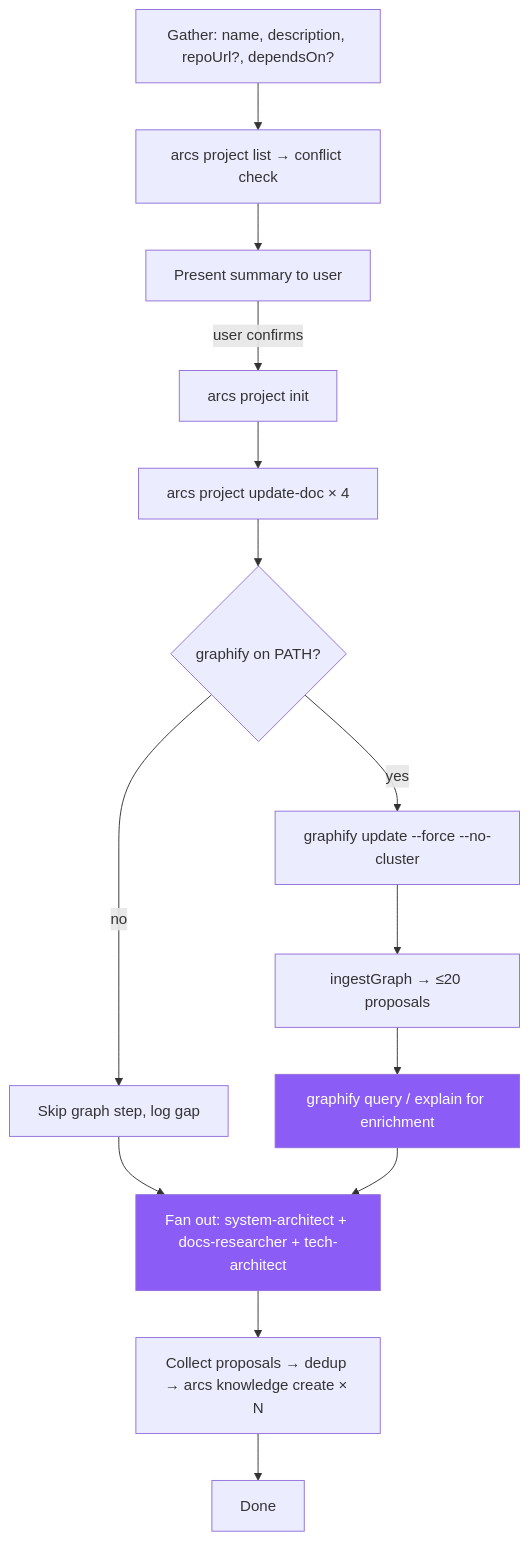
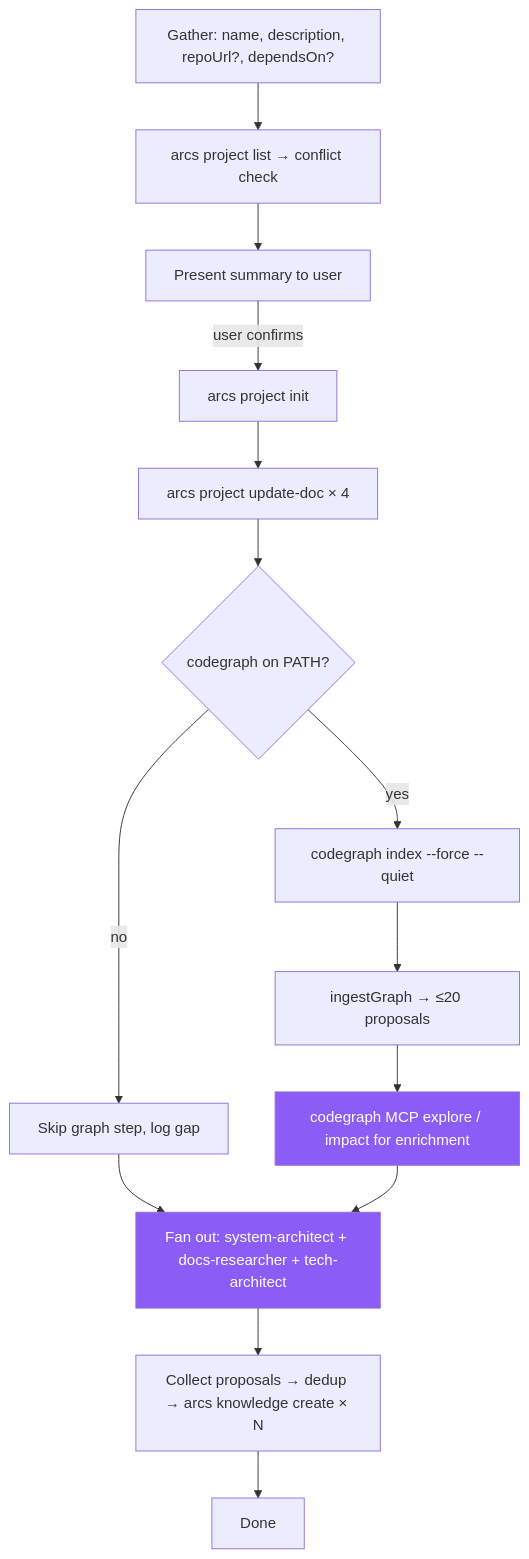
One commit to rryando/arcs changed the diagram in opencode/arcs/skills/init-project/SKILL.md. Above: the diagram before and after it, drawn with Mermaid. The commit also changed other lines of this file and 33 other files, not shown here.

First line of the commit message:
feat: replace graphify with codegraph for code intelligence

````diff
--- a/opencode/arcs/skills/init-project/SKILL.md
+++ b/opencode/arcs/skills/init-project/SKILL.md
@@ -16,17 +16,17 @@
 ```mermaid
 flowchart TD
     classDef sub fill:#8b5cf6,color:#fff
 
     A[Gather: name, description, repoUrl?, dependsOn?] --> B[arcs project list → conflict check]
     B --> C[Present summary to user]
     C -->|user confirms| D[arcs project init]
     D --> E[arcs project update-doc × 4]
-    E --> F{graphify on PATH?}
-    F -->|yes| G[graphify update --force --no-cluster]
+    E --> F{codegraph on PATH?}
+    F -->|yes| G[codegraph index --force --quiet]
     F -->|no| H[Skip graph step, log gap]
     G --> G2[ingestGraph → ≤20 proposals]
-    G2 --> G3[graphify query / explain for enrichment]:::sub
+    G2 --> G3[codegraph MCP explore / impact for enrichment]:::sub
     H & G3 --> I[Fan out: system-architect + docs-researcher + tech-architect]:::sub
     I --> J[Collect proposals → dedup → arcs knowledge create × N]
     J --> K[Done]
 ```
````
